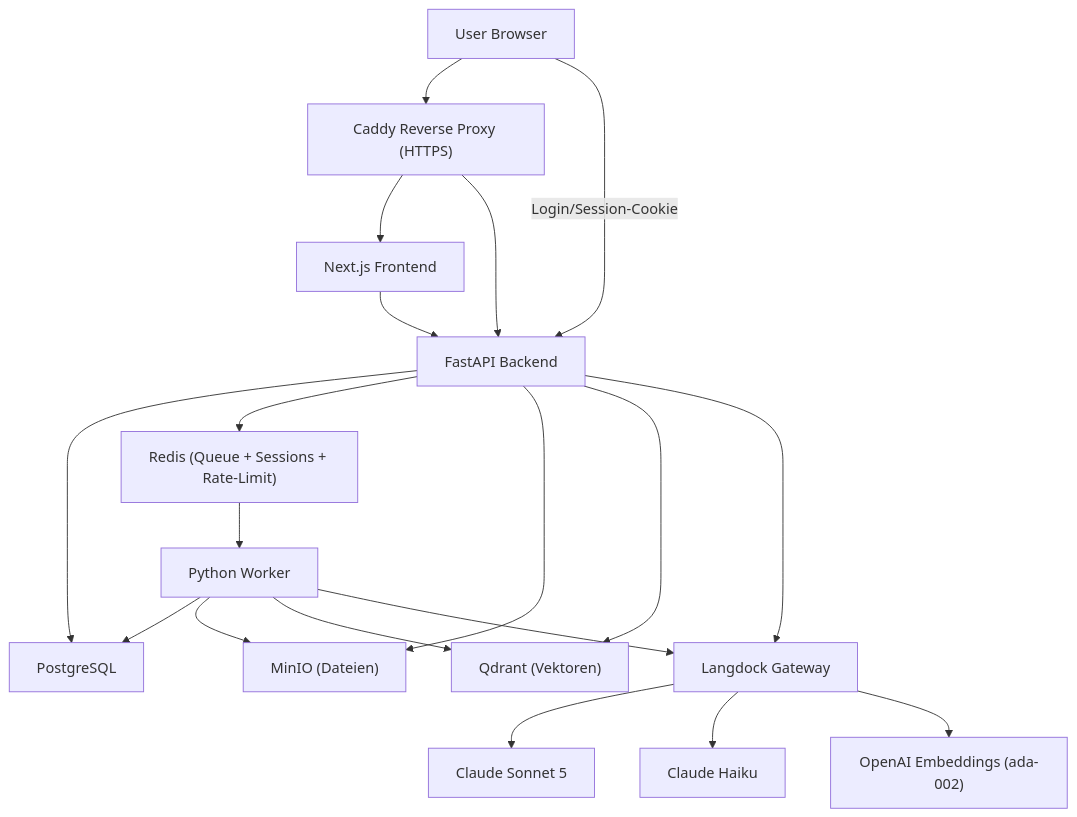
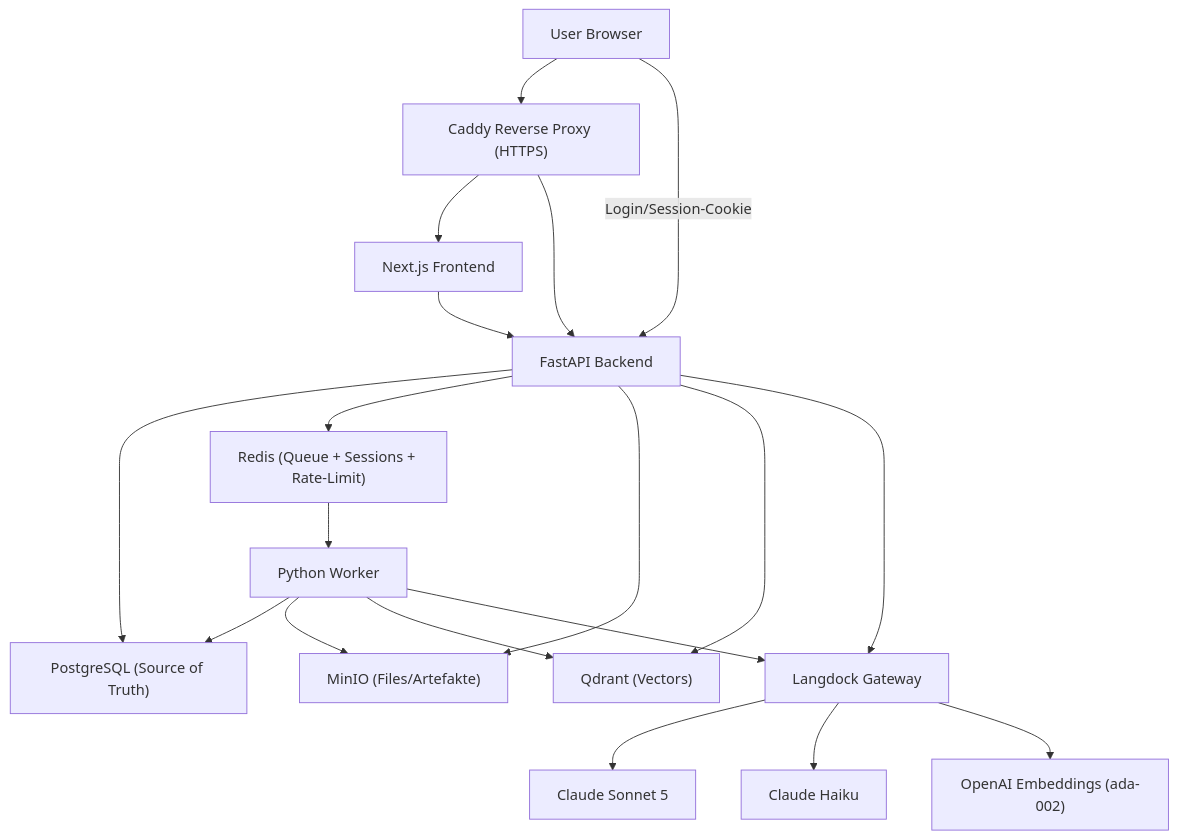
One commit to Hereliesviolet/NotebookLMC changed the diagram in README.md. Above: the diagram before and after it, drawn with Mermaid.

Commit message:
docs: fully sync architecture diagram labels between README and architecture.md
Postgres/MinIO/Qdrant node labels still differed slightly (German vs.
English wording) after the previous doc sync pass; both diagrams are
now byte-identical.

````diff
--- a/README.md
+++ b/README.md
@@ -20,21 +20,21 @@
 ```mermaid
 flowchart TB
     Browser["User Browser"] --> Caddy["Caddy Reverse Proxy (HTTPS)"]
     Caddy --> Frontend["Next.js Frontend"]
     Caddy --> API["FastAPI Backend"]
     Frontend --> API
     Browser -->|"Login/Session-Cookie"| API
-    API --> Postgres["PostgreSQL"]
+    API --> Postgres["PostgreSQL (Source of Truth)"]
     API --> Redis["Redis (Queue + Sessions + Rate-Limit)"]
-    API --> MinIO["MinIO (Dateien)"]
-    API --> Qdrant["Qdrant (Vektoren)"]
+    API --> MinIO["MinIO (Files/Artefakte)"]
+    API --> Qdrant["Qdrant (Vectors)"]
     API --> Langdock["Langdock Gateway"]
     Redis --> Worker["Python Worker"]
     Worker --> Postgres
     Worker --> MinIO
     Worker --> Qdrant
     Worker --> Langdock
     Langdock --> Sonnet["Claude Sonnet 5"]
     Langdock --> Haiku["Claude Haiku"]
     Langdock --> Embeddings["OpenAI Embeddings (ada-002)"]
 ```
````
